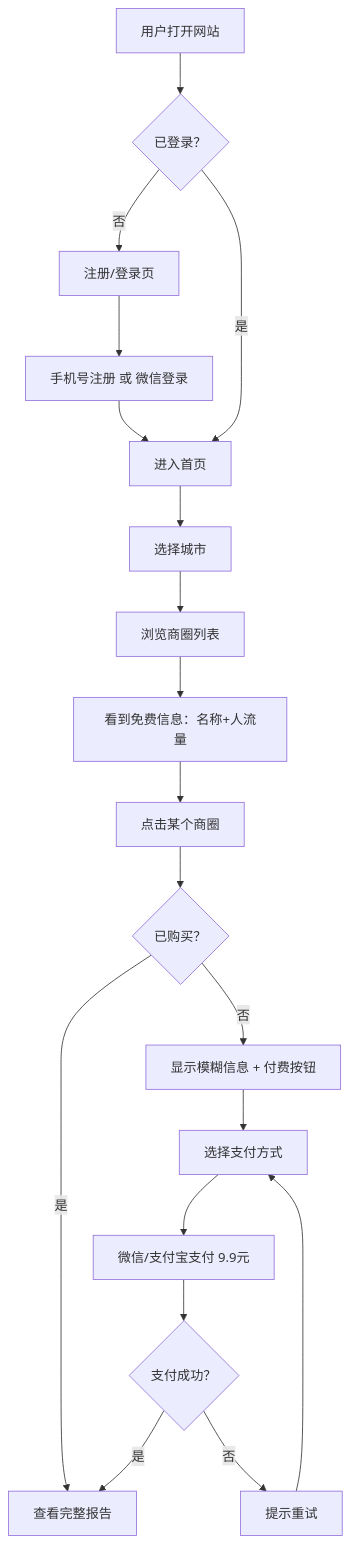
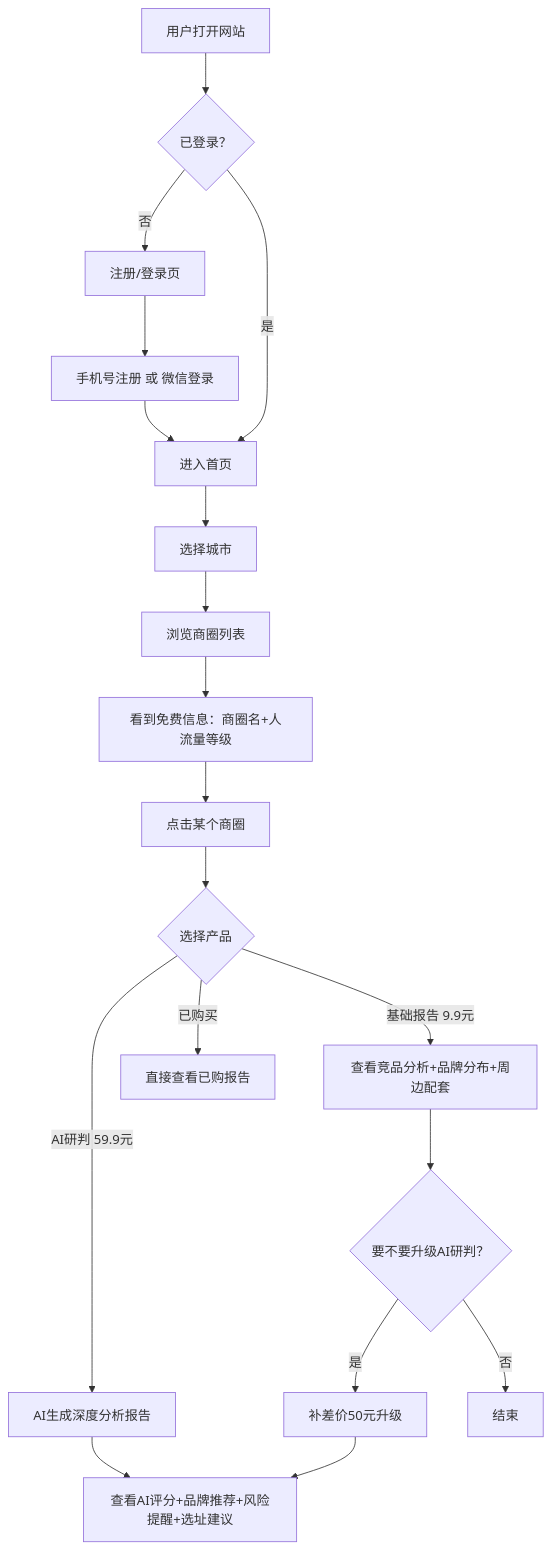
One commit to zhouxiaohe168/naicha-xuanzhi changed the first of 2 diagrams in projects/jiameng-dianwei/PRD.md. Above: the diagram before and after it, drawn with Mermaid. The commit also changed other lines of this file, not shown here.

First line of the commit message:
更新PRD v2.0：加盟点位通 → 奶茶选址通（聚焦奶茶咖啡+AI研判）

````diff
--- a/projects/jiameng-dianwei/PRD.md
+++ b/projects/jiameng-dianwei/PRD.md
@@ -134,21 +211,21 @@
 ```mermaid
 flowchart TD
     A[用户打开网站] --> B{已登录？}
     B -->|否| C[注册/登录页]
     C --> D[手机号注册 或 微信登录]
     D --> E[进入首页]
     B -->|是| E
     E --> F[选择城市]
     F --> G[浏览商圈列表]
-    G --> H[看到免费信息：名称+人流量]
+    G --> H[看到免费信息：商圈名+人流量等级]
     H --> I[点击某个商圈]
-    I --> J{已购买？}
-    J -->|是| K[查看完整报告]
-    J -->|否| L[显示模糊信息 + 付费按钮]
-    L --> M[选择支付方式]
-    M --> N[微信/支付宝支付 9.9元]
-    N --> O{支付成功？}
-    O -->|是| K
-    O -->|否| P[提示重试]
+    I --> J{选择产品}
+    J -->|基础报告 9.9元| K[查看竞品分析+品牌分布+周边配套]
+    J -->|AI研判 59.9元| L[AI生成深度分析报告]
+    L --> M[查看AI评分+品牌推荐+风险提醒+选址建议]
+    J -->|已购买| N[直接查看已购报告]
+    K --> O{要不要升级AI研判？}
+    O -->|是| P[补差价50元升级]
     P --> M
+    O -->|否| Q[结束]
 ```
````
